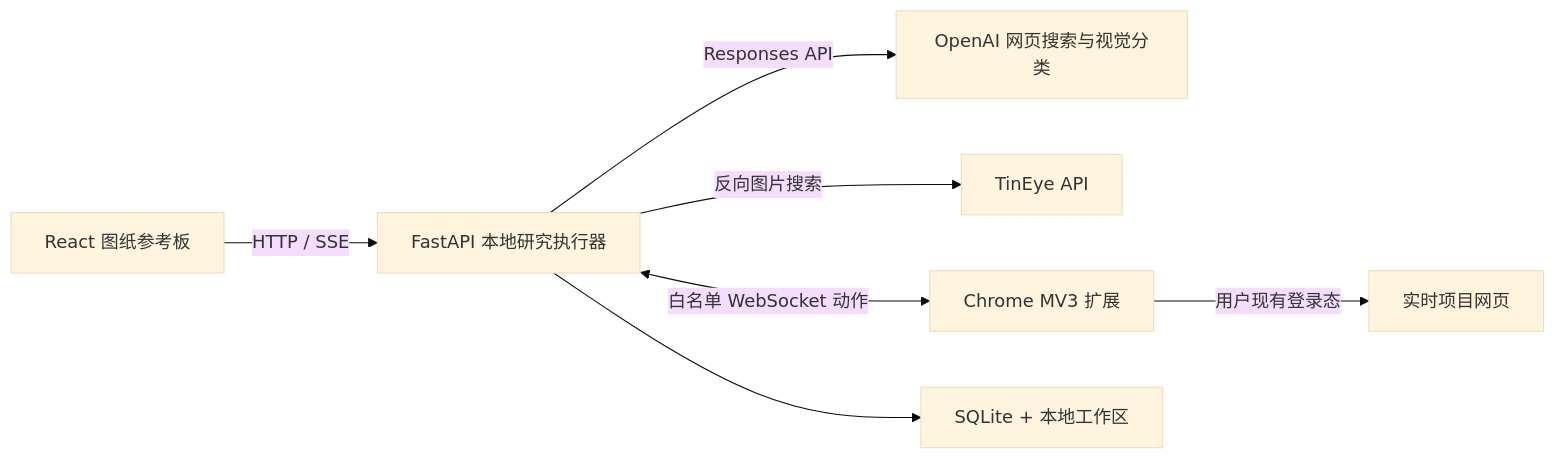
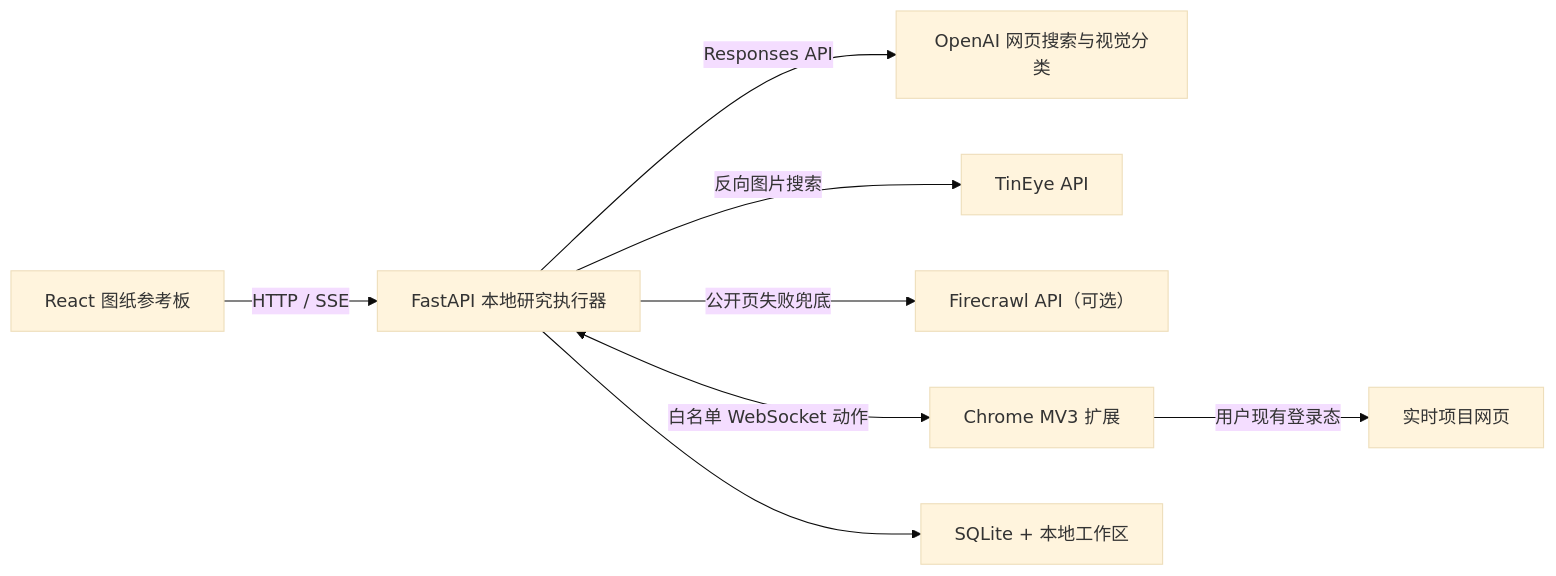
One commit to jileyu2000/archresearch changed the diagram in README.md. Above: the diagram before and after it, drawn with Mermaid (base theme). The commit also changed other lines of this file and 51 other files, not shown here.

````diff
--- a/README.md
+++ b/README.md
@@ -9,9 +9,10 @@
 ```mermaid
 flowchart LR
     B["React 图纸参考板"] -->|HTTP / SSE| A["FastAPI 本地研究执行器"]
     A -->|Responses API| O["OpenAI 网页搜索与视觉分类"]
     A -->|反向图片搜索| T["TinEye API"]
+    A -->|公开页失败兜底| F["Firecrawl API（可选）"]
     A <-->|白名单 WebSocket 动作| E["Chrome MV3 扩展"]
     E -->|用户现有登录态| W["实时项目网页"]
     A --> S["SQLite + 本地工作区"]
 ```
````
